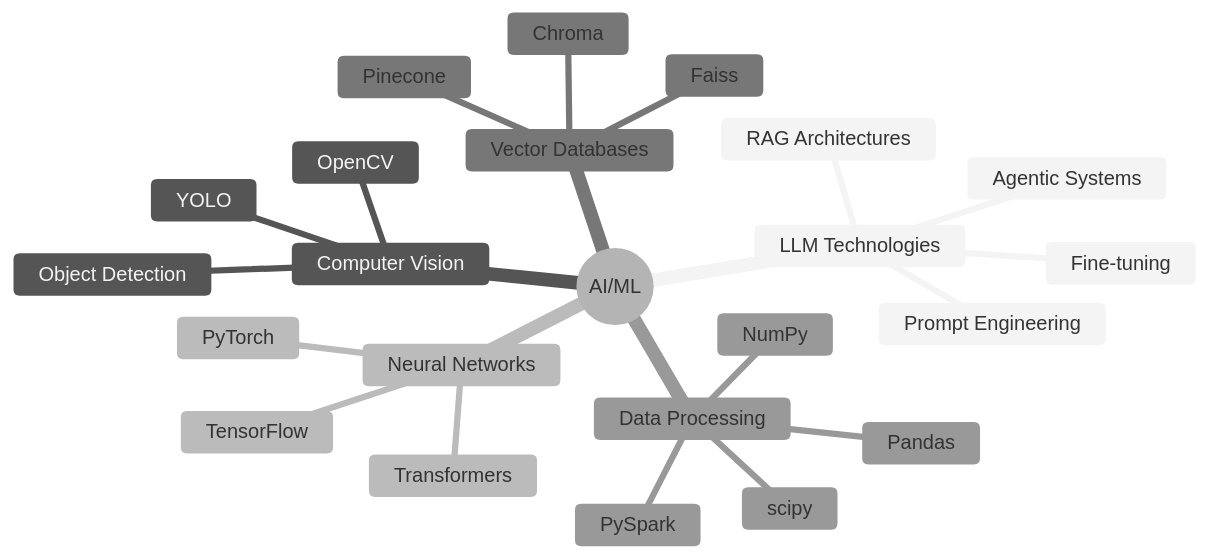
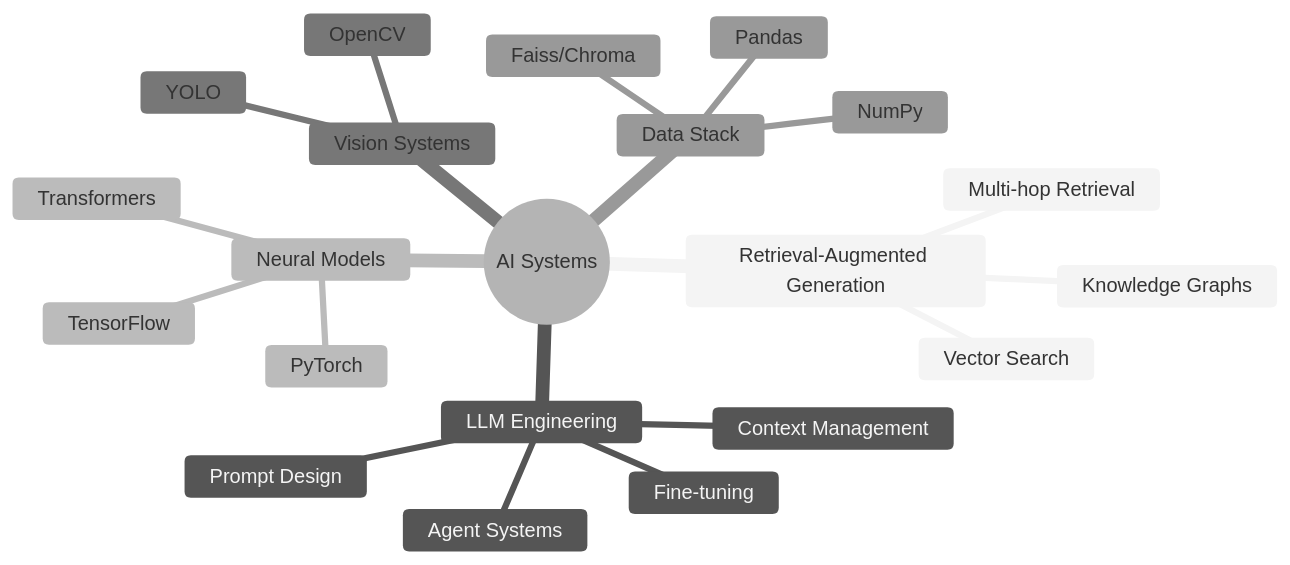
The diagram in README.md (Sa1f27/Sa1f27), drawn with Mermaid (neutral theme) before and after one commit. The commit also changed other lines of this file, not shown here.

`````diff
--- a/README.md
+++ b/README.md
@@ -37,26 +37,24 @@
-  ```mermaid
-  mindmap
-    root((AI/ML))
-      LLM Technologies
-        RAG Architectures
-        Fine-tuning
-        Prompt Engineering
-        Agentic Systems
-      Computer Vision
-        Object Detection
-        YOLO
-        OpenCV
-      Neural Networks
-        TensorFlow
-        PyTorch
-        Transformers
-      Vector Databases
-        Pinecone
-        Chroma
-        Faiss
-      Data Processing
-        Pandas
-        scipy
-        NumPy
-        PySpark
-  ```
+```mermaid
+mindmap
+  root((AI Systems))
+    Retrieval-Augmented Generation
+      Vector Search
+      Multi-hop Retrieval
+      Knowledge Graphs
+    LLM Engineering
+      Prompt Design
+      Context Management
+      Fine-tuning
+      Agent Systems
+    Neural Models
+      Transformers
+      PyTorch
+      TensorFlow
+    Vision Systems
+      YOLO
+      OpenCV
+    Data Stack
+      Pandas
+      NumPy
+      Faiss/Chroma
+````
`````
